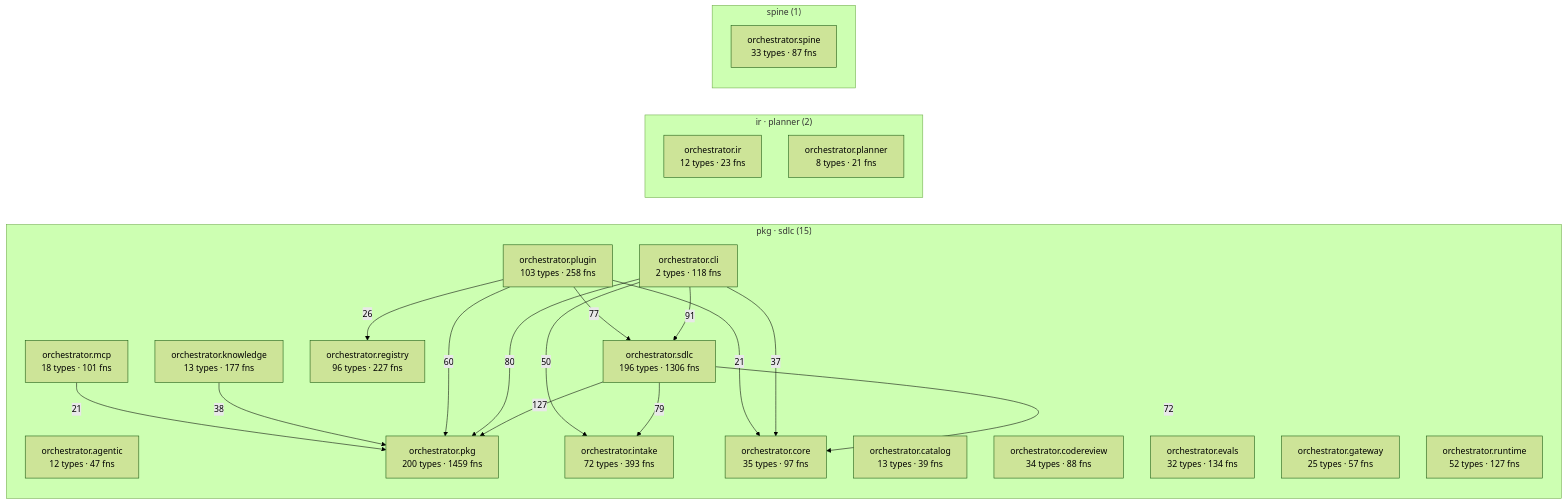
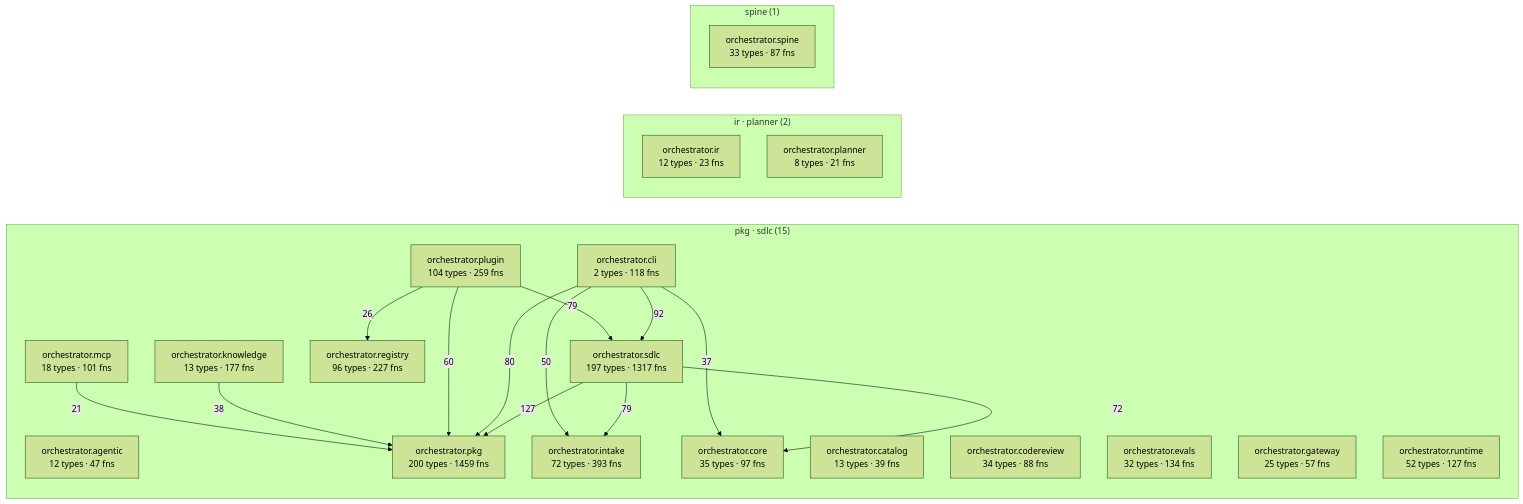
The diagram in episteme/architecture.md (synaptixs/spine), drawn with Mermaid (forest theme) before and after one commit. The commit also changed other lines of this file and 23 other files, not shown here.

````diff
--- a/episteme/architecture.md
+++ b/episteme/architecture.md
@@ -56,40 +56,39 @@
 ```mermaid
 flowchart LR
   subgraph c_2["pkg · sdlc (15)"]
     aorchestratoragentic["orchestrator.agentic<br/>12 types · 47 fns"]
     aorchestratorcatalog["orchestrator.catalog<br/>13 types · 39 fns"]
     aorchestratorcli["orchestrator.cli<br/>2 types · 118 fns"]
     aorchestratorcodereview["orchestrator.codereview<br/>34 types · 88 fns"]
     aorchestratorcore["orchestrator.core<br/>35 types · 97 fns"]
     aorchestratorevals["orchestrator.evals<br/>32 types · 134 fns"]
     aorchestratorgateway["orchestrator.gateway<br/>25 types · 57 fns"]
     aorchestratorintake["orchestrator.intake<br/>72 types · 393 fns"]
     aorchestratorknowledge["orchestrator.knowledge<br/>13 types · 177 fns"]
     aorchestratormcp["orchestrator.mcp<br/>18 types · 101 fns"]
     aorchestratorpkg["orchestrator.pkg<br/>200 types · 1459 fns"]
-    aorchestratorplugin["orchestrator.plugin<br/>103 types · 258 fns"]
+    aorchestratorplugin["orchestrator.plugin<br/>104 types · 259 fns"]
     aorchestratorregistry["orchestrator.registry<br/>96 types · 227 fns"]
     aorchestratorruntime["orchestrator.runtime<br/>52 types · 127 fns"]
-    aorchestratorsdlc["orchestrator.sdlc<br/>196 types · 1306 fns"]
+    aorchestratorsdlc["orchestrator.sdlc<br/>197 types · 1317 fns"]
   end
   subgraph c_6["ir · planner (2)"]
     aorchestratorir["orchestrator.ir<br/>12 types · 23 fns"]
     aorchestratorplanner["orchestrator.planner<br/>8 types · 21 fns"]
   end
   subgraph c_12["spine (1)"]
     aorchestratorspine["orchestrator.spine<br/>33 types · 87 fns"]
   end
   aorchestratorsdlc -->|127| aorchestratorpkg
-  aorchestratorcli -->|91| aorchestratorsdlc
+  aorchestratorcli -->|92| aorchestratorsdlc
   aorchestratorcli -->|80| aorchestratorpkg
+  aorchestratorplugin -->|79| aorchestratorsdlc
   aorchestratorsdlc -->|79| aorchestratorintake
-  aorchestratorplugin -->|77| aorchestratorsdlc
   aorchestratorsdlc -->|72| aorchestratorcore
   aorchestratorplugin -->|60| aorchestratorpkg
   aorchestratorcli -->|50| aorchestratorintake
   aorchestratorknowledge -->|38| aorchestratorpkg
   aorchestratorcli -->|37| aorchestratorcore
   aorchestratorplugin -->|26| aorchestratorregistry
   aorchestratormcp -->|21| aorchestratorpkg
-  aorchestratorplugin -->|21| aorchestratorcore
 ```
````
